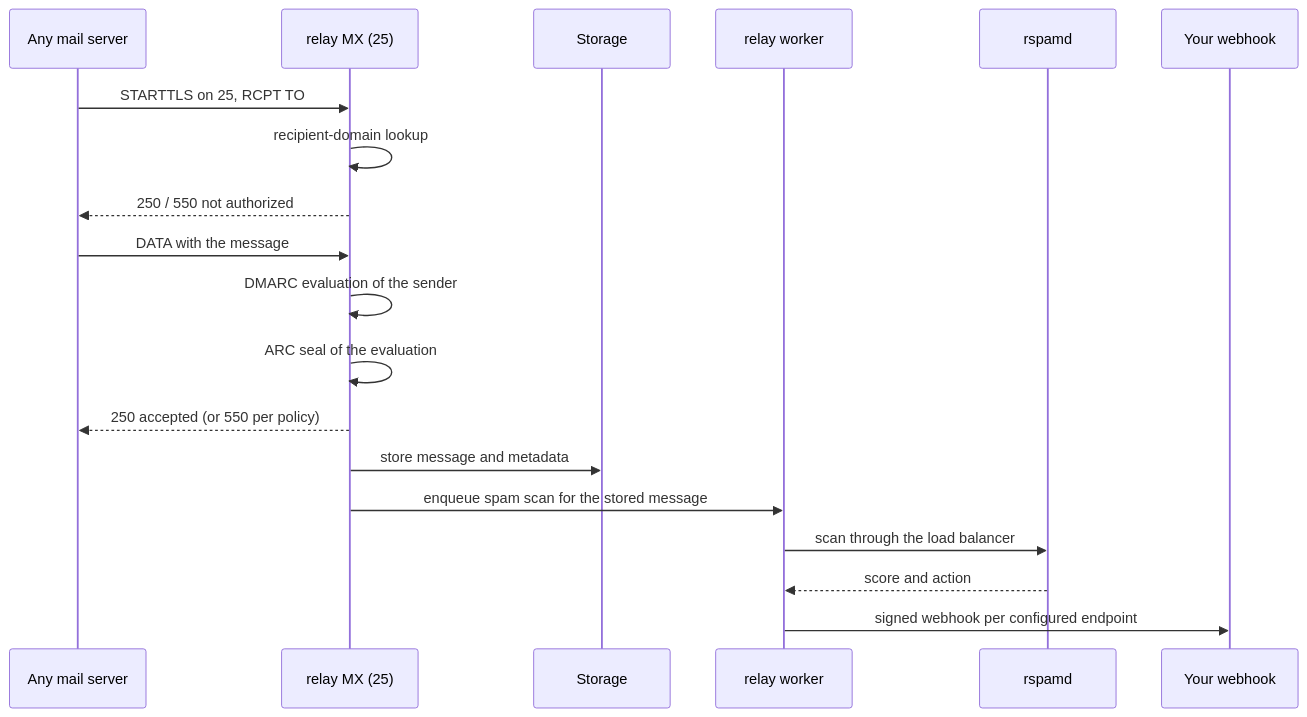
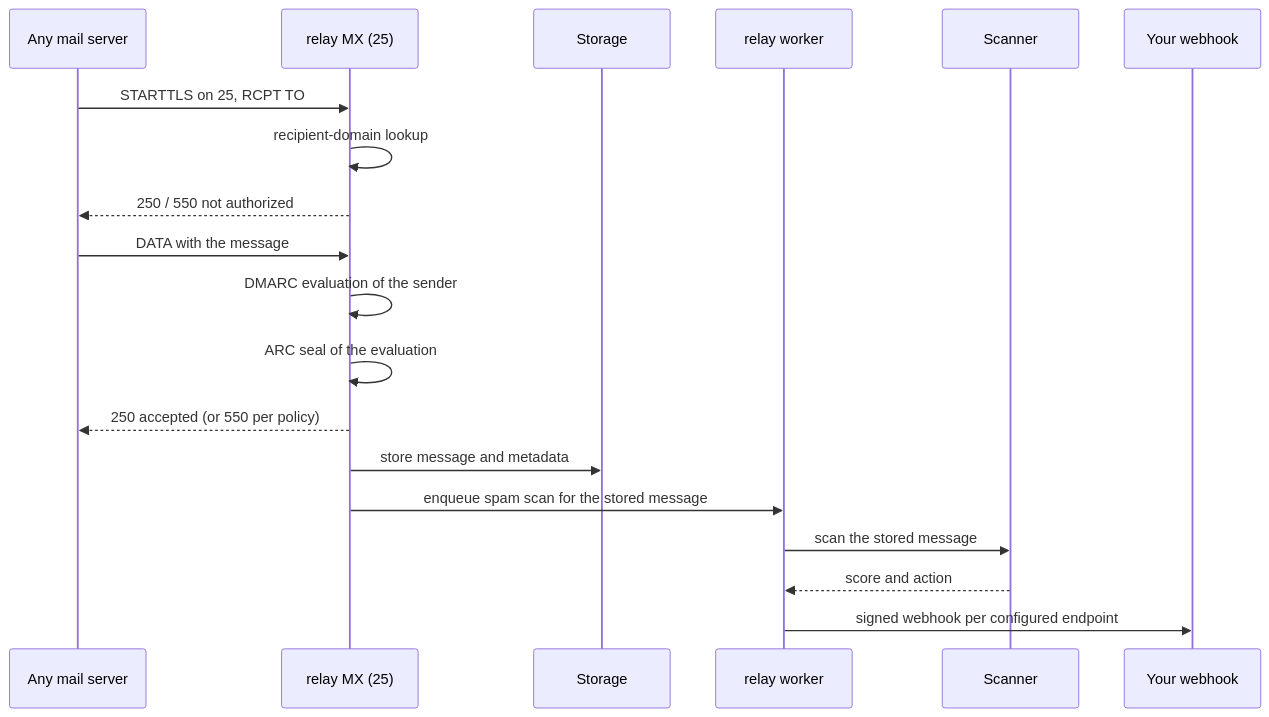
Before and after one commit to codingjoe/relay: the diagram in docs/docs/receiving.md, drawn with Mermaid. The commit also changed other lines of this file and 6 other files, not shown here.

````diff
--- a/docs/docs/receiving.md
+++ b/docs/docs/receiving.md
@@ -28,22 +28,22 @@
 ```mermaid
 sequenceDiagram
     participant Sender as Any mail server
     participant MX as relay MX (25)
     participant Store as Storage
     participant Worker as relay worker
-    participant Scan as rspamd
+    participant Scan as Scanner
     participant Hook as Your webhook
 
     Sender->>MX: STARTTLS on 25, RCPT TO
     MX->>MX: recipient-domain lookup
     MX-->>Sender: 250 / 550 not authorized
     Sender->>MX: DATA with the message
     MX->>MX: DMARC evaluation of the sender
     MX->>MX: ARC seal of the evaluation
     MX-->>Sender: 250 accepted (or 550 per policy)
     MX->>Store: store message and metadata
     MX->>Worker: enqueue spam scan for the stored message
-    Worker->>Scan: scan through the load balancer
+    Worker->>Scan: scan the stored message
     Scan-->>Worker: score and action
     Worker->>Hook: signed webhook per configured endpoint
 ```
````
